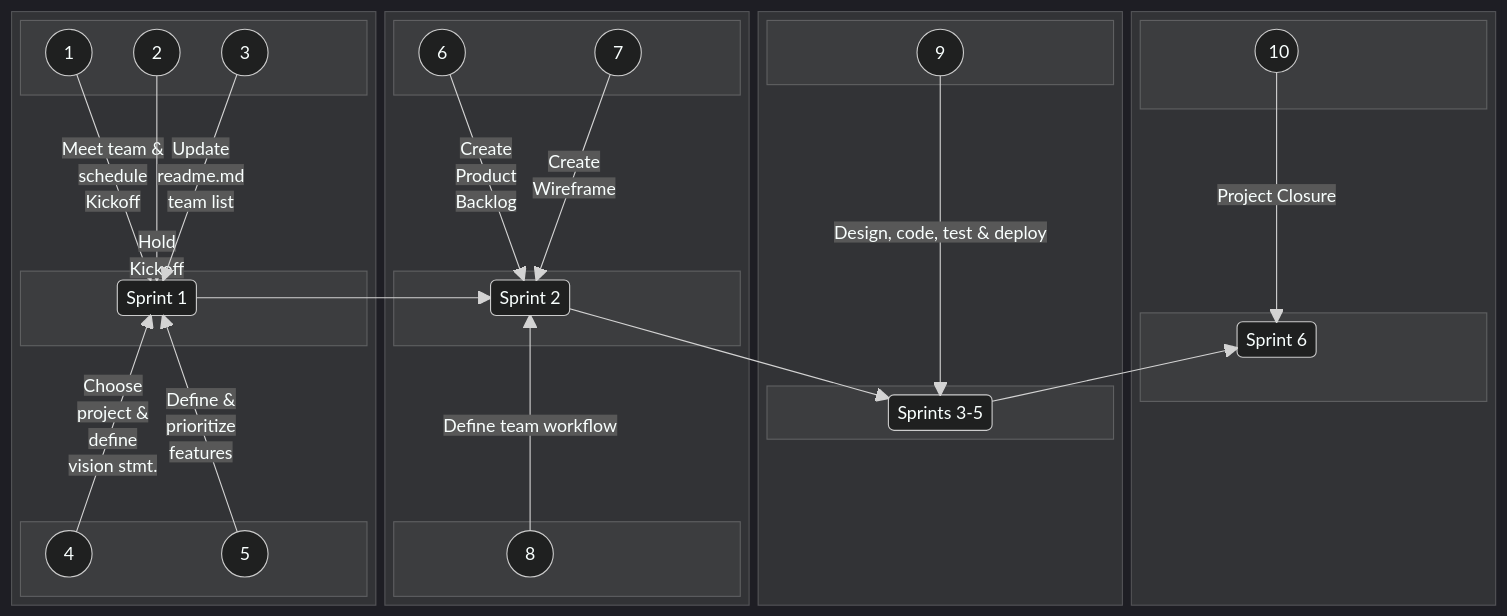
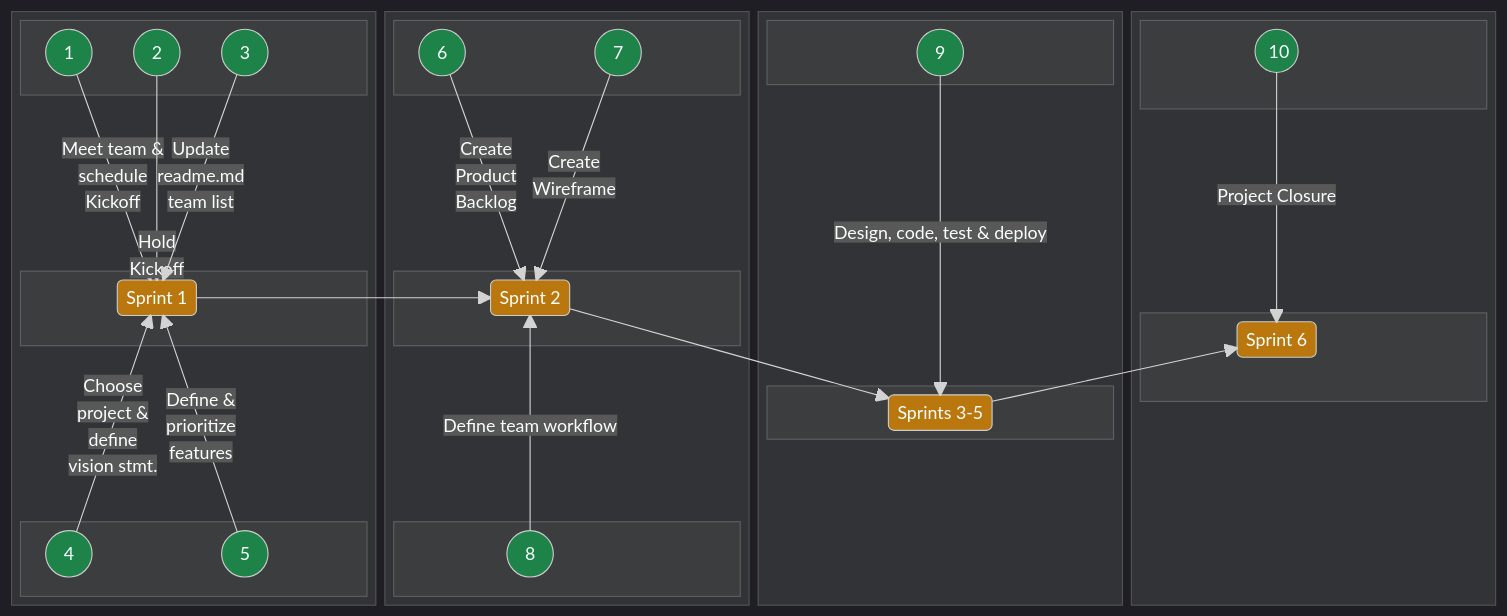
One commit to jdmedlock/mermaid_testing changed the second of 2 diagrams in README.md. Above: the diagram before and after it, drawn with Mermaid.

Commit message:
Feature: Experiment with horizontal block diagram layout

````diff
--- a/README.md
+++ b/README.md
@@ -206,4 +206,19 @@
     SPRINT1 --> SPRINT2
     SPRINT2 --> SPRINTS35
     SPRINTS35 --> SPRINT6
+
+      style A1 fill:#1d8348
+    style A2 fill:#1d8348
+    style A3 fill:#1d8348
+    style A4 fill:#1d8348
+    style A5 fill:#1d8348
+    style A6 fill:#1d8348
+    style A7 fill:#1d8348
+    style A8 fill:#1d8348
+    style A9 fill:#1d8348
+    style A10 fill:#1d8348
+    style SPRINT1 fill:#b9770e
+    style SPRINT2 fill:#b9770e
+    style SPRINTS35 fill:#b9770e
+    style SPRINT6 fill:#b9770e
 ```
````
